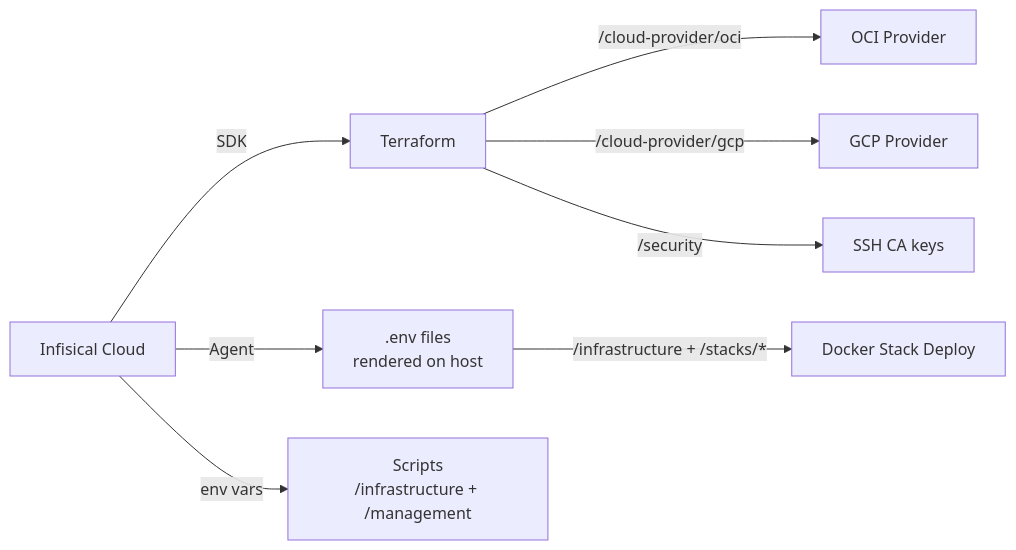
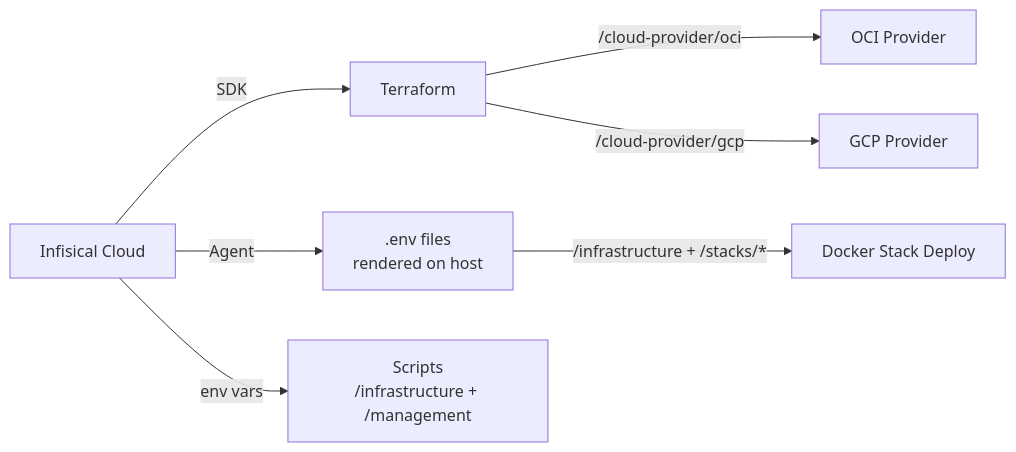
Before and after one commit to JoseStud/GoodOldMeServer: the diagram in docs/infisical-workflow.md, drawn with Mermaid. The commit also changed other lines of this file and 12 other files, not shown here.

````diff
--- a/docs/infisical-workflow.md
+++ b/docs/infisical-workflow.md
@@ -9,10 +9,9 @@
 ```mermaid
 flowchart LR
     INF[Infisical Cloud] -->|SDK| TF[Terraform]
     TF -->|/cloud-provider/oci| OCI[OCI Provider]
     TF -->|/cloud-provider/gcp| GCP[GCP Provider]
-    TF -->|/security| SEC[SSH CA keys]
     INF -->|Agent| ENV[.env files<br/>rendered on host]
     ENV -->|/infrastructure + /stacks/*| STACKS[Docker Stack Deploy]
     INF -->|env vars| SCRIPTS[Scripts<br/>/infrastructure + /management]
 ```
````
